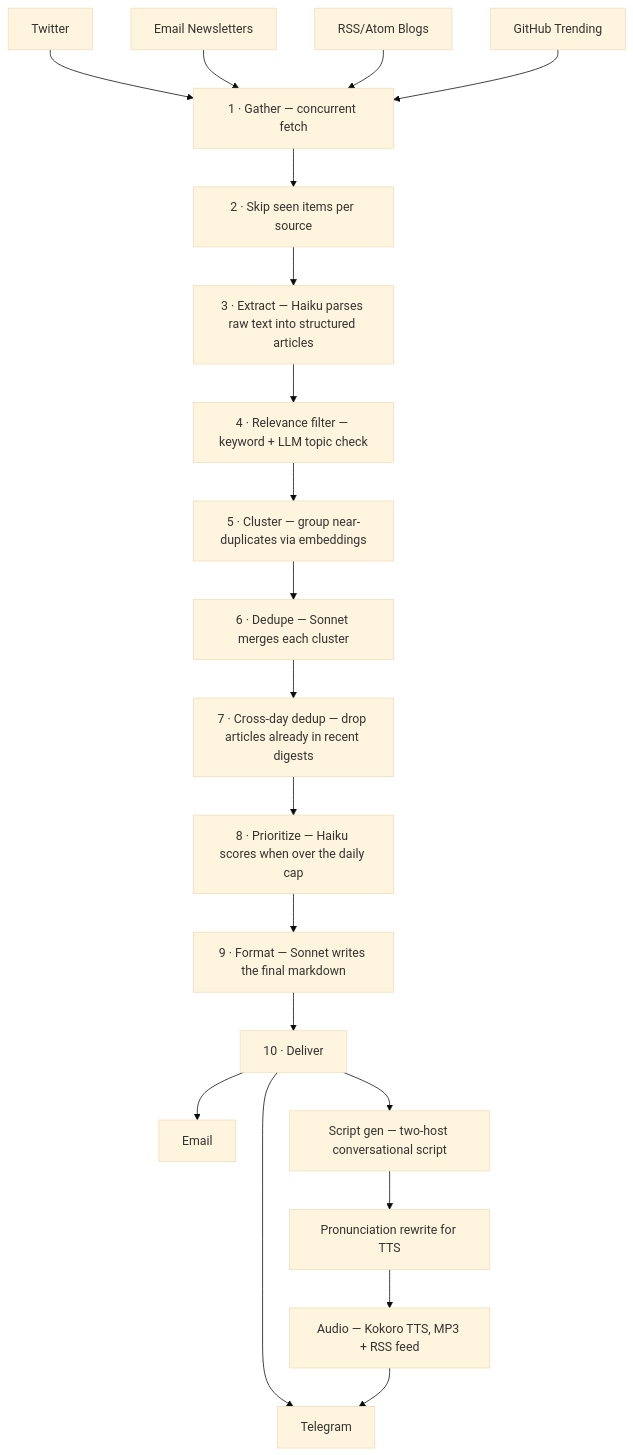
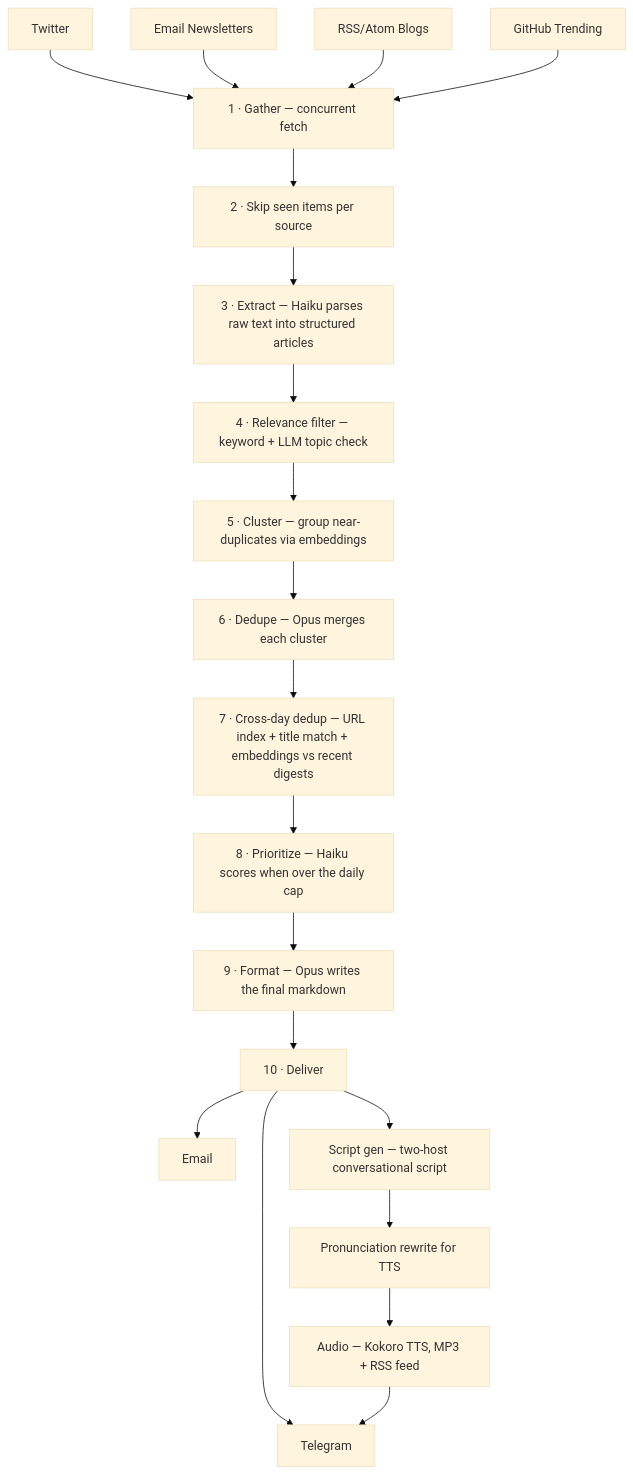
Before and after one commit to mjwoolley/digest-pipeline: the diagram in README.md, drawn with Mermaid (base theme). The commit also changed other lines of this file and 3 other files, not shown here.

First line of the commit message:
Add cross-dedup funnel stage, source-health notification line, README updates

````diff
--- a/README.md
+++ b/README.md
@@ -9,25 +9,25 @@
 ```mermaid
 flowchart TD
     TW[Twitter] & EM[Email Newsletters] & BL[RSS/Atom Blogs] & GH[GitHub Trending]
 
     TW & EM & BL & GH --> GA
 
     GA[1 · Gather — concurrent fetch]
     GA --> SS[2 · Skip seen items per source]
     SS --> EX[3 · Extract — Haiku parses raw text into structured articles]
     EX --> RF[4 · Relevance filter — keyword + LLM topic check]
     RF --> CL[5 · Cluster — group near-duplicates via embeddings]
-    CL --> DD[6 · Dedupe — Sonnet merges each cluster]
-    DD --> CD[7 · Cross-day dedup — drop articles already in recent digests]
+    CL --> DD[6 · Dedupe — Opus merges each cluster]
+    DD --> CD[7 · Cross-day dedup — URL index + title match + embeddings vs recent digests]
     CD --> PR[8 · Prioritize — Haiku scores when over the daily cap]
-    PR --> FM[9 · Format — Sonnet writes the final markdown]
+    PR --> FM[9 · Format — Opus writes the final markdown]
     FM --> DL[10 · Deliver]
 
     DL --> EMAIL[Email]
     DL --> TG[Telegram]
 
     DL --> SG[Script gen — two-host conversational script]
     SG --> PN[Pronunciation rewrite for TTS]
     PN --> AU[Audio — Kokoro TTS, MP3 + RSS feed]
     AU --> TG
 ```
````
